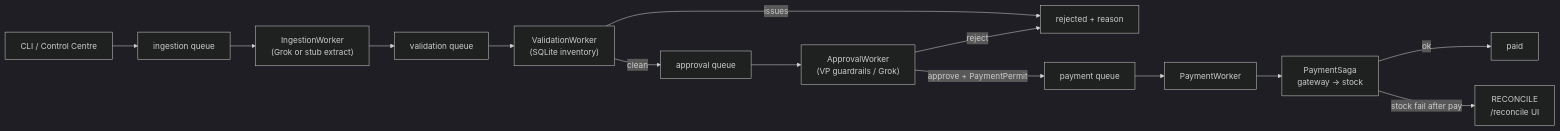
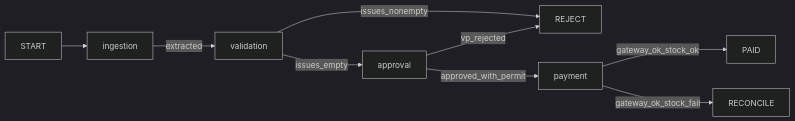
One commit to Rinnegan27/acme-invoice-system changed the diagram in docs/architecture.md. Above: the diagram before and after it, drawn with Mermaid (dark theme). The commit also changed other lines of this file and 11 other files, not shown here.

First line of the commit message:
Release 1.4.0: wavefront stage graph and stderr-only logging.

````diff
--- a/docs/architecture.md
+++ b/docs/architecture.md
@@ -9,16 +9,11 @@
 ```mermaid
 flowchart LR
-  CLI["CLI / Control Centre"] --> ING["ingestion queue"]
-  ING --> EXT["IngestionWorker\n(Grok or stub extract)"]
-  EXT --> VALQ["validation queue"]
-  VALQ --> VAL["ValidationWorker\n(SQLite inventory)"]
-  VAL -->|issues| REJ["rejected + reason"]
-  VAL -->|clean| APPQ["approval queue"]
-  APPQ --> APP["ApprovalWorker\n(VP guardrails / Grok)"]
-  APP -->|reject| REJ
-  APP -->|approve + PaymentPermit| PAYQ["payment queue"]
-  PAYQ --> PAY["PaymentWorker"]
-  PAY --> SAGA["PaymentSaga\ngateway → stock"]
-  SAGA -->|ok| PAID["paid"]
-  SAGA -->|stock fail after pay| REC["RECONCILE\n/reconcile UI"]
+  START --> ING["ingestion"]
+  ING -->|extracted| VAL["validation"]
+  VAL -->|issues_nonempty| REJ["REJECT"]
+  VAL -->|issues_empty| APP["approval"]
+  APP -->|vp_rejected| REJ
+  APP -->|approved_with_permit| PAY["payment"]
+  PAY -->|gateway_ok_stock_ok| PAID["PAID"]
+  PAY -->|gateway_ok_stock_fail| REC["RECONCILE"]
 ```
````
